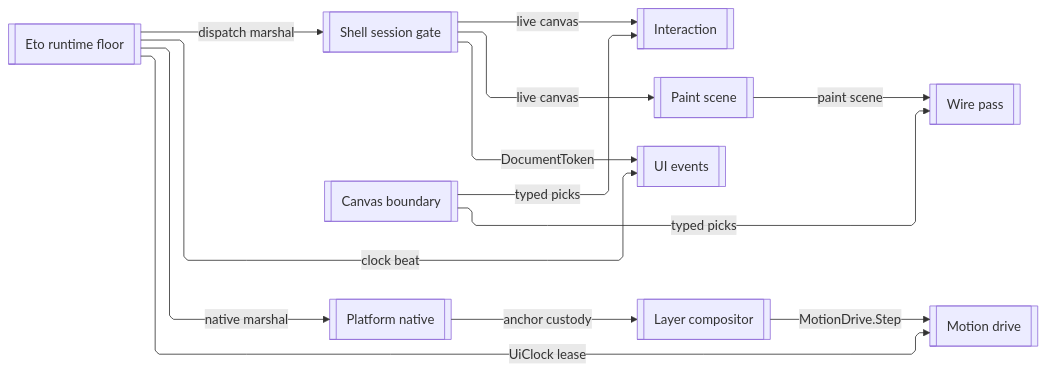
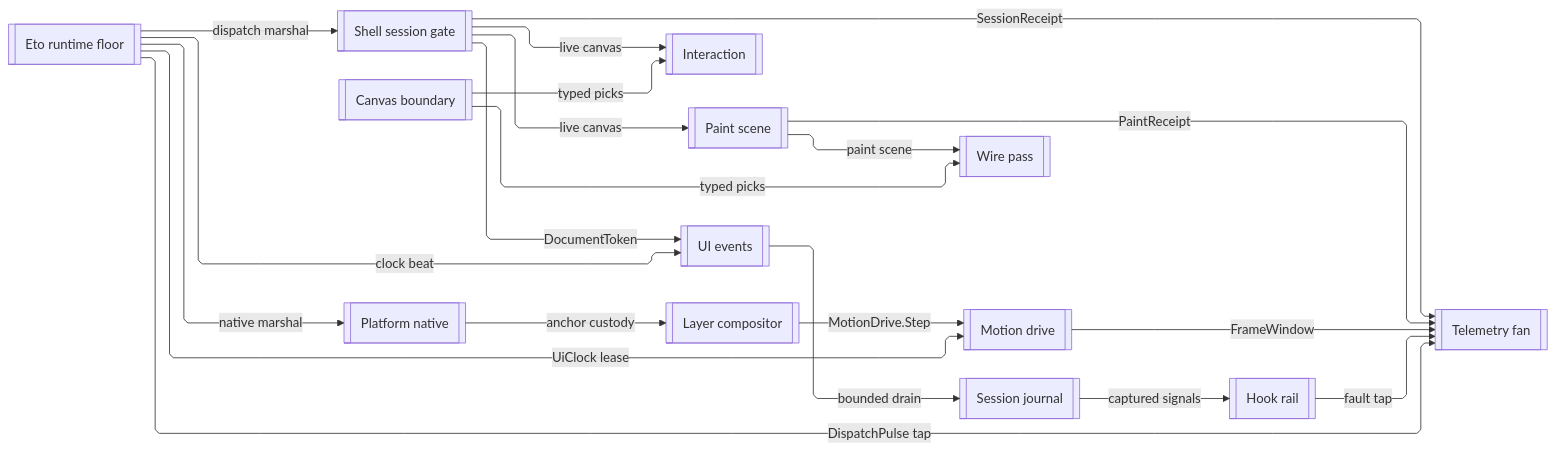
One commit to bsamiee/Rasm changed the third of 3 diagrams in libs/csharp/Rasm.Grasshopper/ARCHITECTURE.md. Above: the diagram before and after it, drawn with Mermaid. The commit also changed other lines of this file and 195 other files, not shown here.

````diff
--- a/libs/csharp/Rasm.Grasshopper/ARCHITECTURE.md
+++ b/libs/csharp/Rasm.Grasshopper/ARCHITECTURE.md
@@ -132,34 +135,44 @@
 ```mermaid
 ---
 config:
   layout: elk
   flowchart:
     curve: linear
     padding: 25
 ---
 flowchart LR
     accTitle: Grasshopper host-boundary interior wiring
     accDescr: How the Grasshopper host boundary composes its UI-thread interior around the Eto runtime dispatch floor and the Shell session-scope gate, with canvas, paint, motion, events, and native owners consuming live scope, dispatch beats, and typed reads.
     Runtime[[Eto runtime floor]]
     Session[[Shell session gate]]
     Canvas[[Canvas boundary]]
     Interaction[[Interaction]]
     Paint[[Paint scene]]
     Wires[[Wire pass]]
     Motion[[Motion drive]]
     Events[[UI events]]
     Native[[Platform native]]
     Composition[[Layer compositor]]
+    Telemetry[[Telemetry fan]]
+    Hooks[[Hook rail]]
+    Journal[[Session journal]]
     Runtime -->|"dispatch marshal"| Session
     Runtime -->|"UiClock lease"| Motion
+    Runtime -->|"DispatchPulse tap"| Telemetry
+    Session -->|"SessionReceipt"| Telemetry
+    Paint -->|"PaintReceipt"| Telemetry
+    Motion -->|"FrameWindow"| Telemetry
+    Hooks -->|"fault tap"| Telemetry
+    Events -->|"bounded drain"| Journal
+    Journal -->|"captured signals"| Hooks
     Runtime -->|"native marshal"| Native
     Runtime -->|"clock beat"| Events
     Session -->|"live canvas"| Interaction
     Session -->|"live canvas"| Paint
     Session -->|"DocumentToken"| Events
     Canvas -->|"typed picks"| Interaction
     Canvas -->|"typed picks"| Wires
     Paint -->|"paint scene"| Wires
     Composition -->|"MotionDrive.Step"| Motion
     Native -->|"anchor custody"| Composition
 ```
````
